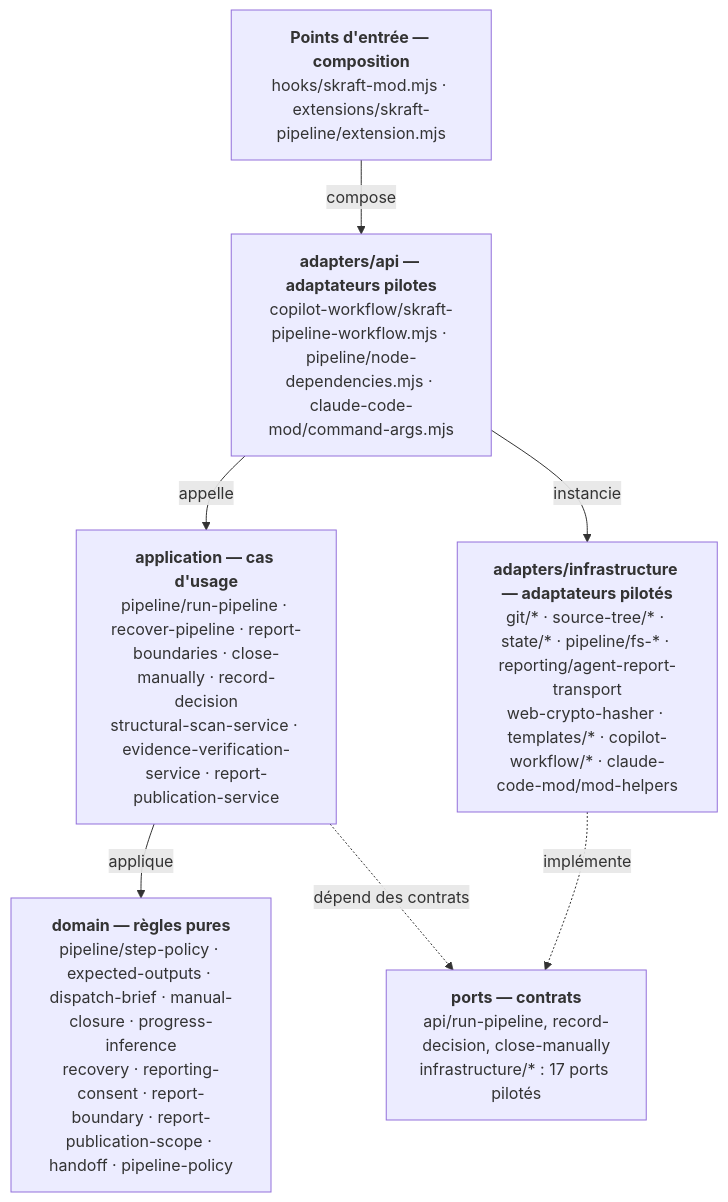
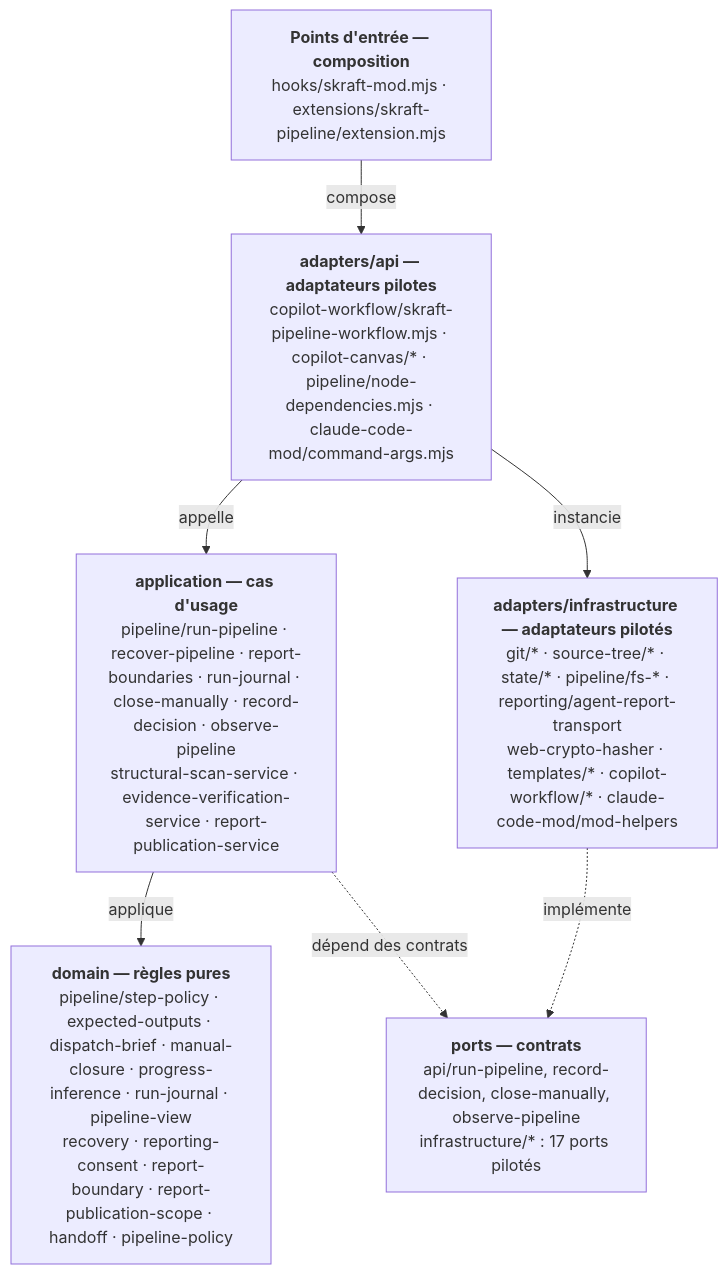
Before and after one commit to SebastienDegodez/skraft-plugin: the first of 6 diagrams in docs/run-pipeline.md, drawn with Mermaid. The commit also changed other lines of this file and 25 other files, not shown here.

First line of the commit message:
feat(pipeline): follow a run live in the GitHub Copilot app — the Skraft pipeline canvas

````diff
--- a/docs/run-pipeline.md
+++ b/docs/run-pipeline.md
@@ -111,16 +112,16 @@
 ```mermaid
 flowchart TB
   E["<b>Points d'entrée — composition</b><br/>hooks/skraft-mod.mjs · extensions/skraft-pipeline/extension.mjs"]
-  API["<b>adapters/api — adaptateurs pilotes</b><br/>copilot-workflow/skraft-pipeline-workflow.mjs · pipeline/node-dependencies.mjs · claude-code-mod/command-args.mjs"]
-  APP["<b>application — cas d'usage</b><br/>pipeline/run-pipeline · recover-pipeline · report-boundaries · close-manually · record-decision<br/>structural-scan-service · evidence-verification-service · report-publication-service"]
-  DOM["<b>domain — règles pures</b><br/>pipeline/step-policy · expected-outputs · dispatch-brief · manual-closure · progress-inference<br/>recovery · reporting-consent · report-boundary · report-publication-scope · handoff · pipeline-policy"]
-  PORTS["<b>ports — contrats</b><br/>api/run-pipeline, record-decision, close-manually<br/>infrastructure/* : 17 ports pilotés"]
+  API["<b>adapters/api — adaptateurs pilotes</b><br/>copilot-workflow/skraft-pipeline-workflow.mjs · copilot-canvas/* · pipeline/node-dependencies.mjs · claude-code-mod/command-args.mjs"]
+  APP["<b>application — cas d'usage</b><br/>pipeline/run-pipeline · recover-pipeline · report-boundaries · run-journal · close-manually · record-decision · observe-pipeline<br/>structural-scan-service · evidence-verification-service · report-publication-service"]
+  DOM["<b>domain — règles pures</b><br/>pipeline/step-policy · expected-outputs · dispatch-brief · manual-closure · progress-inference · run-journal · pipeline-view<br/>recovery · reporting-consent · report-boundary · report-publication-scope · handoff · pipeline-policy"]
+  PORTS["<b>ports — contrats</b><br/>api/run-pipeline, record-decision, close-manually, observe-pipeline<br/>infrastructure/* : 17 ports pilotés"]
   INFRA["<b>adapters/infrastructure — adaptateurs pilotés</b><br/>git/* · source-tree/* · state/* · pipeline/fs-* · reporting/agent-report-transport<br/>web-crypto-hasher · templates/* · copilot-workflow/* · claude-code-mod/mod-helpers"]
 
   E -->|compose| API
   API -->|appelle| APP
   APP -->|applique| DOM
   APP -.->|dépend des contrats| PORTS
   INFRA -.->|implémente| PORTS
   API -->|instancie| INFRA
 ```
````
